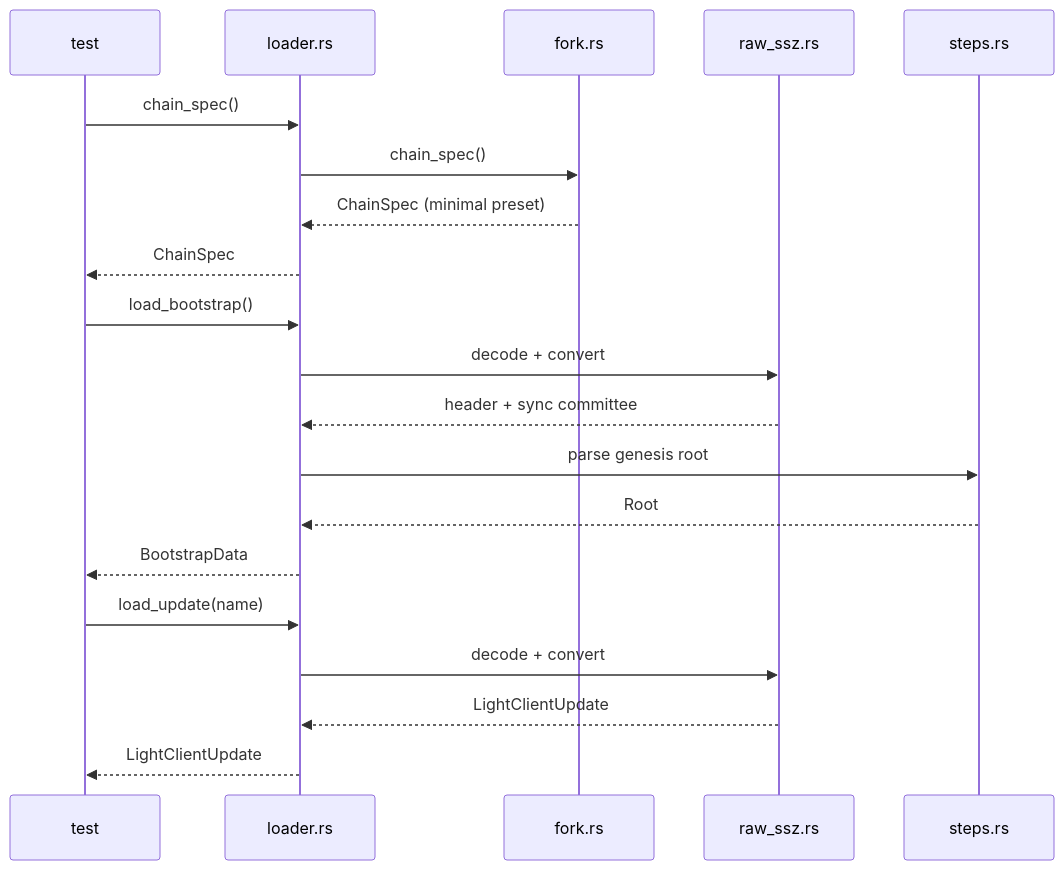
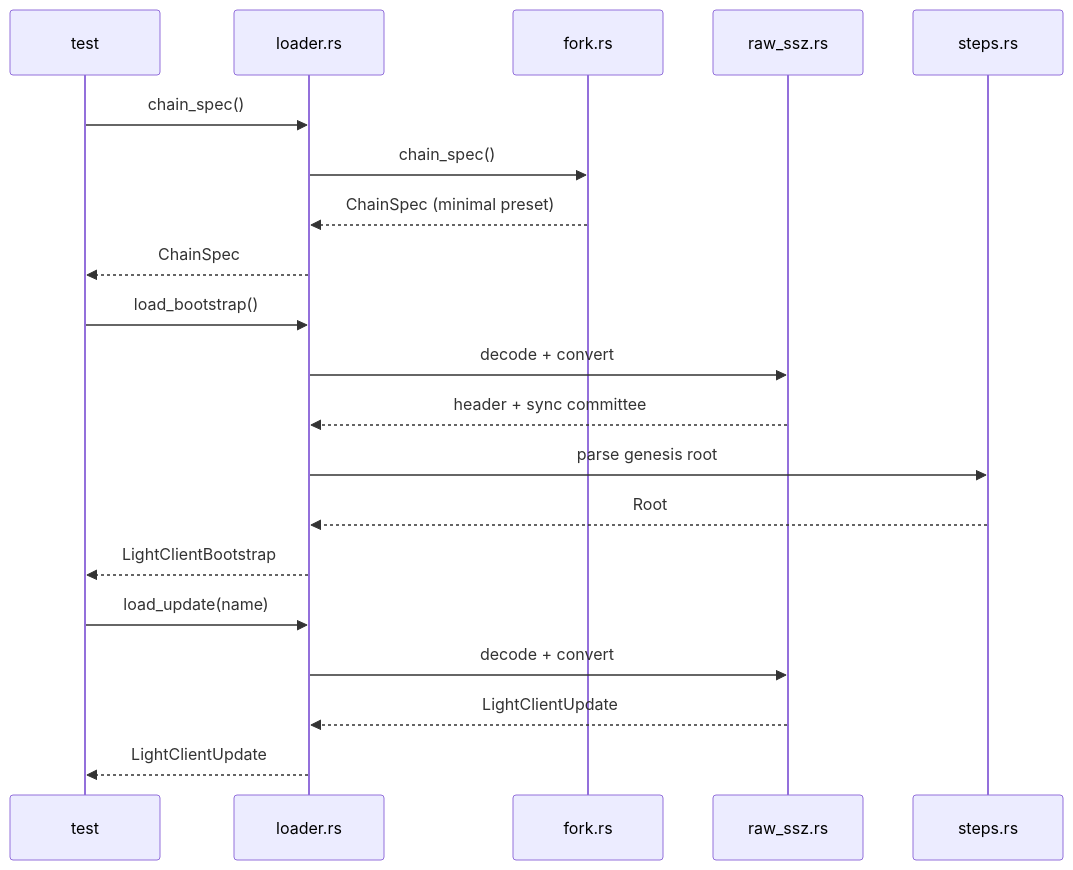
The diagram in src/test_utils/README.md (EchoAlice/eth-light-client), drawn with Mermaid before and after one commit. The commit also changed other lines of this file and 4 other files, not shown here.

````diff
--- a/src/test_utils/README.md
+++ b/src/test_utils/README.md
@@ -48,25 +48,25 @@
 ```mermaid
 sequenceDiagram
     participant T as test
     participant L as loader.rs
     participant F as fork.rs
     participant R as raw_ssz.rs
     participant S as steps.rs
 
     T->>L: chain_spec()
     L->>F: chain_spec()
     F-->>L: ChainSpec (minimal preset)
     L-->>T: ChainSpec
 
     T->>L: load_bootstrap()
     L->>R: decode + convert
     R-->>L: header + sync committee
     L->>S: parse genesis root
     S-->>L: Root
-    L-->>T: BootstrapData
+    L-->>T: LightClientBootstrap
 
     T->>L: load_update(name)
     L->>R: decode + convert
     R-->>L: LightClientUpdate
     L-->>T: LightClientUpdate
 ```
````
